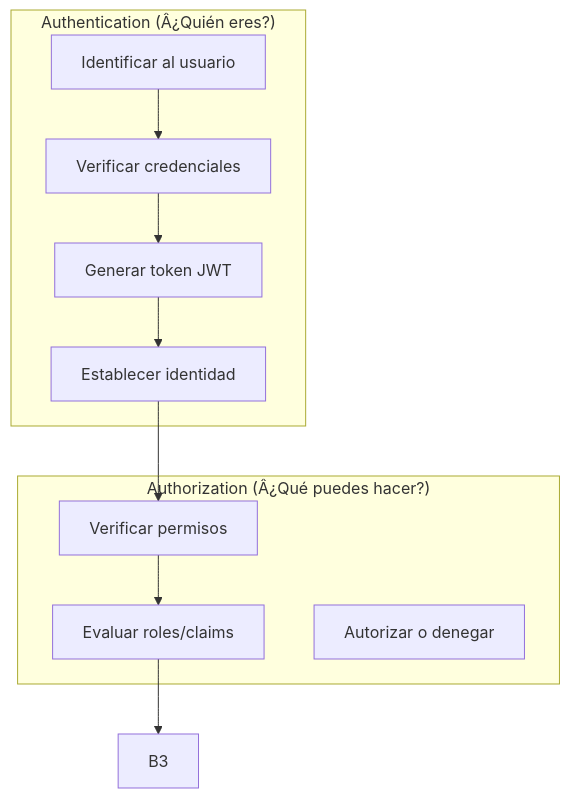
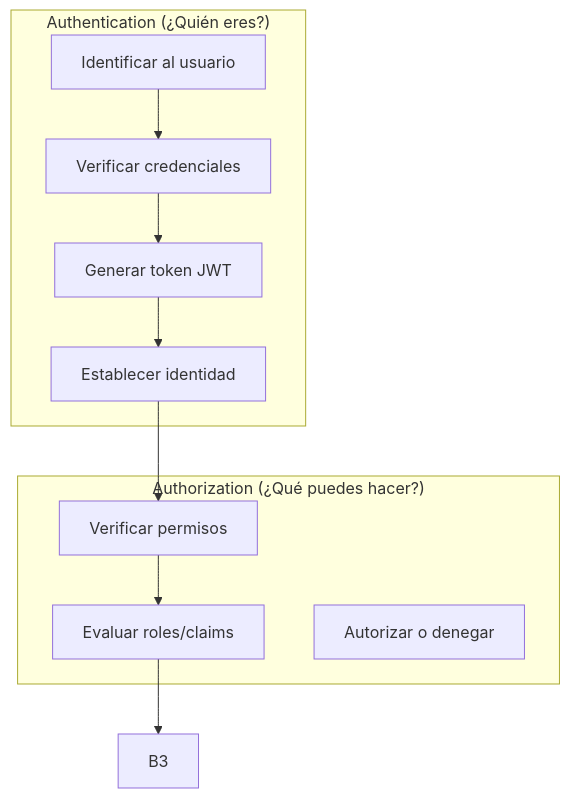
The first of 5 diagrams in doc/18-autorizacion-roles.md (joseluisgs/TiendaDawApi-Cqrs-MediatR-NetCore), drawn with Mermaid before and after one commit. The commit also changed other lines of this file and 27 other files, not shown here.

````diff
--- a/doc/18-autorizacion-roles.md
+++ b/doc/18-autorizacion-roles.md
@@ -20,18 +20,18 @@
 ```mermaid
 flowchart TD
-    subgraph "Authentication (Â¿Quién eres?)"
+    subgraph "Authentication (¿Quién eres?)"
         A1["Identificar al usuario"]
         A2["Verificar credenciales"]
         A3["Generar token JWT"]
         A4["Establecer identidad"]
     end
     
-    subgraph "Authorization (Â¿Qué puedes hacer?)"
+    subgraph "Authorization (¿Qué puedes hacer?)"
         B1["Verificar permisos"]
         B2["Evaluar roles/claims"]
         C3["Autorizar o denegar"]
     end
     
     A1 --> A2 --> A3 --> A4
     A4 --> B1 --> B2 --> B3
 ```
````
